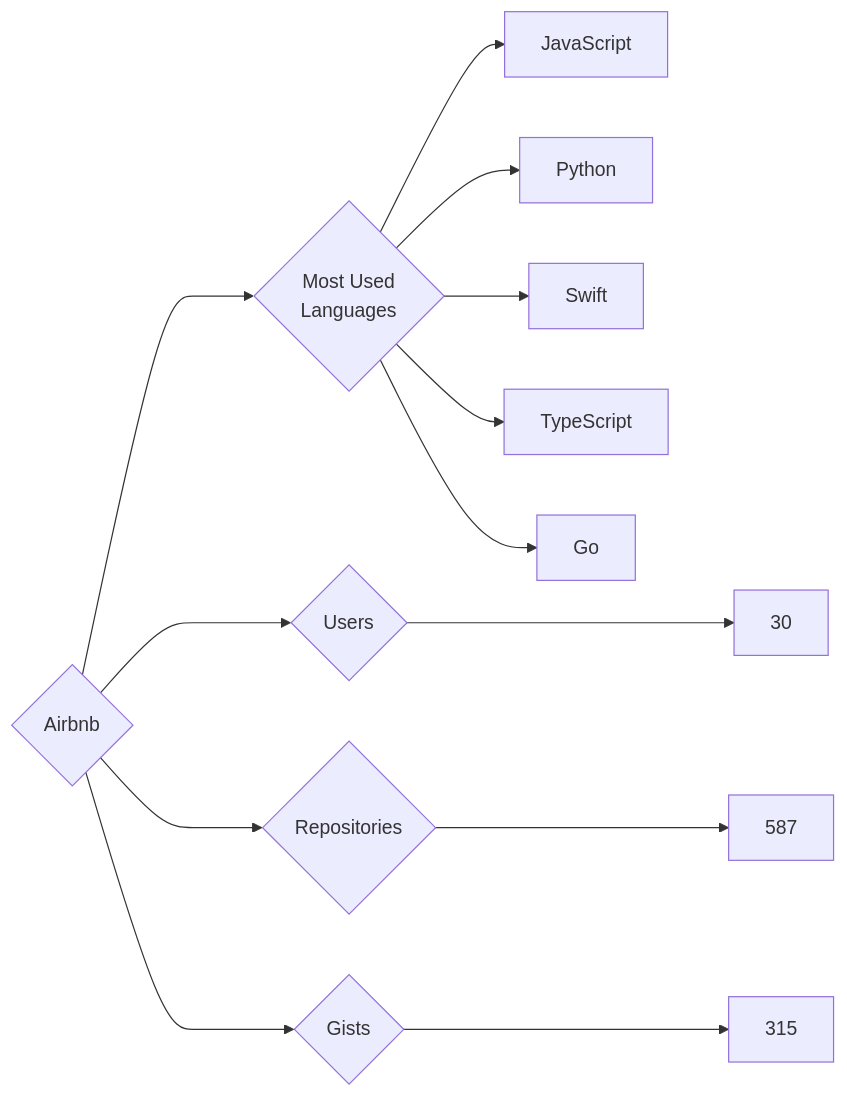
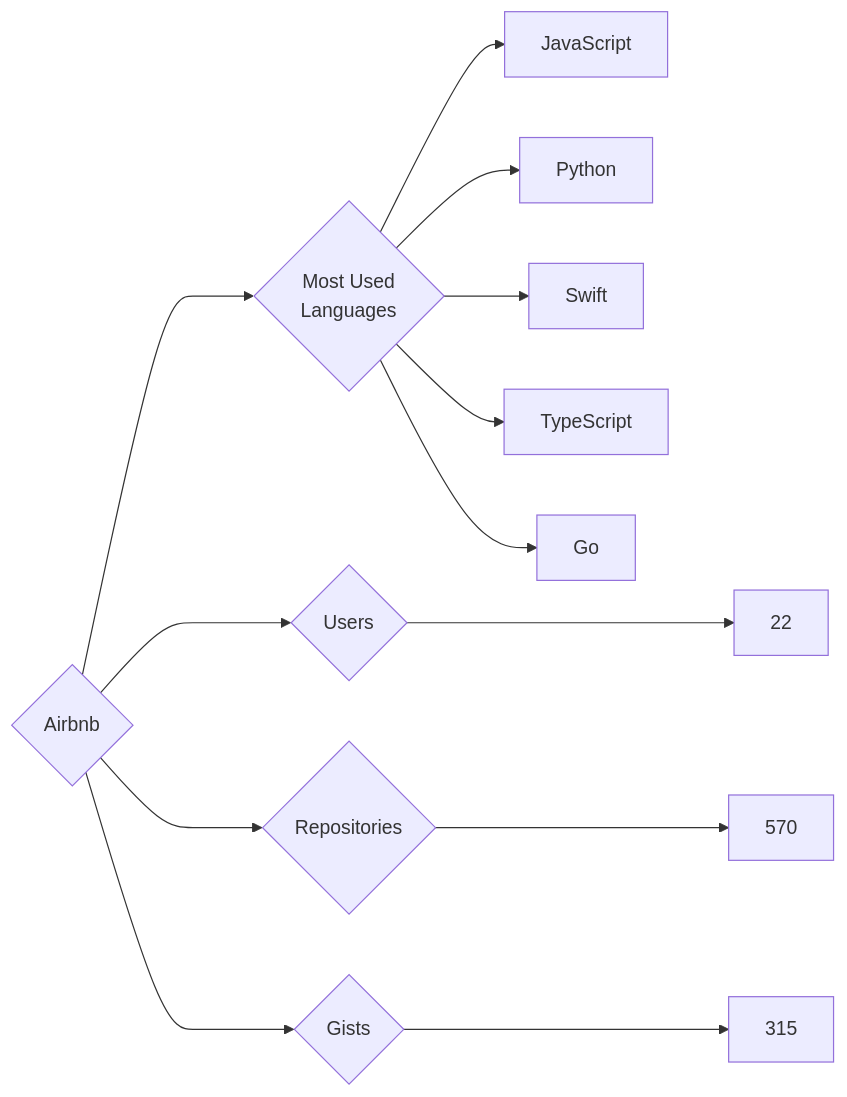
The diagram in targets/Airbnb/README.md (trickest/insiders), drawn with Mermaid before and after one commit. The commit also changed 745 other files, not shown here.

````diff
--- a/targets/Airbnb/README.md
+++ b/targets/Airbnb/README.md
@@ -3,13 +3,13 @@
 ```mermaid
 graph LR
 COMPANY_NAME{Airbnb}
-COMPANY_NAME ---> U{Users} ---> UN[30]
-COMPANY_NAME ---> R{Repositories} ---> RN[587]
+COMPANY_NAME ---> U{Users} ---> UN[22]
+COMPANY_NAME ---> R{Repositories} ---> RN[570]
 COMPANY_NAME ---> G{Gists} ---> GN[315]
 COMPANY_NAME ---> ML{Most Used<br>Languages}
 ML --> JavaScript[JavaScript]
 ML --> Python[Python]
 ML --> Swift[Swift]
 ML --> TypeScript[TypeScript]
 ML --> Go[Go]
 ```
````
